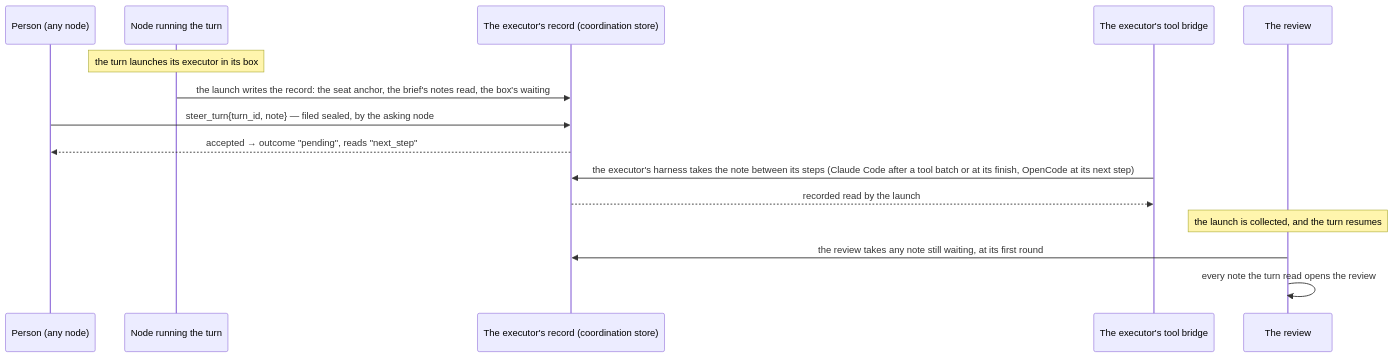
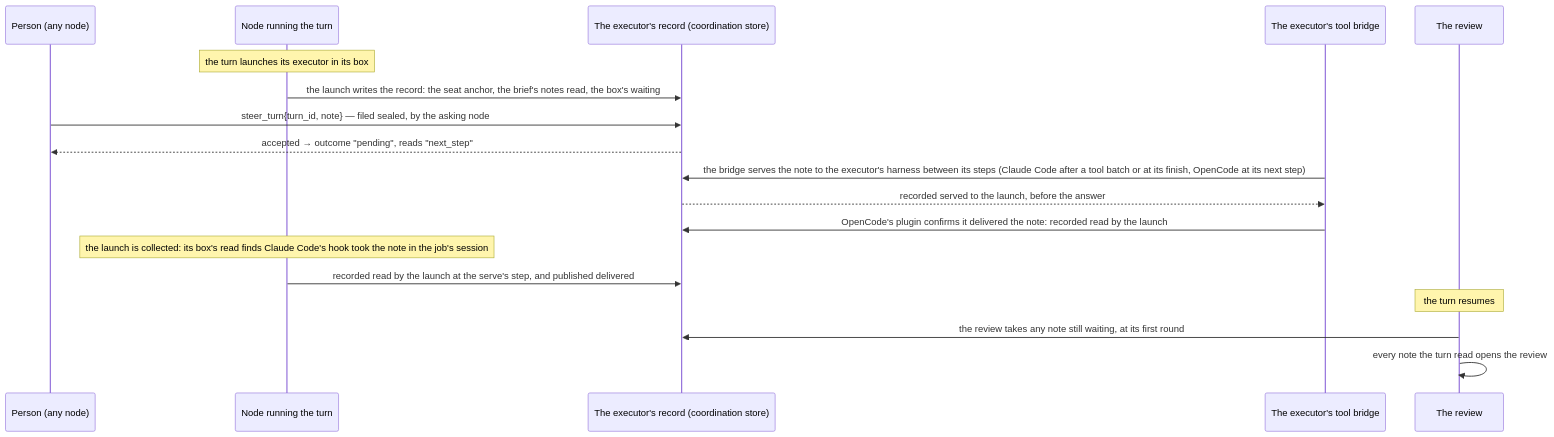
One commit to crewlet/crewlet changed the second of 2 diagrams in docs/concepts/turn-engine.md. Above: the diagram before and after it, drawn with Mermaid. The commit also changed other lines of this file and 7 other files, not shown here.

First line of the commit message:
docs(docs): read a Claude Code note only once its session shows it

````diff
--- a/docs/concepts/turn-engine.md
+++ b/docs/concepts/turn-engine.md
@@ -822,17 +822,20 @@
 ```mermaid
 sequenceDiagram
     participant P as Person (any node)
     participant N as Node running the turn
     participant C as The executor's record (coordination store)
     participant B as The executor's tool bridge
     participant R as The review
     Note over N: the turn launches its executor in its box
     N->>C: the launch writes the record: the seat anchor, the brief's notes read, the box's waiting
     P->>C: steer_turn{turn_id, note} — filed sealed, by the asking node
     C-->>P: accepted → outcome "pending", reads "next_step"
-    B->>C: the executor's harness takes the note between its steps (Claude Code after a tool batch or at its finish, OpenCode at its next step)
-    C-->>B: recorded read by the launch
-    Note over R: the launch is collected, and the turn resumes
+    B->>C: the bridge serves the note to the executor's harness between its steps (Claude Code after a tool batch or at its finish, OpenCode at its next step)
+    C-->>B: recorded served to the launch, before the answer
+    B->>C: OpenCode's plugin confirms it delivered the note: recorded read by the launch
+    Note over N: the launch is collected: its box's read finds Claude Code's hook took the note in the job's session
+    N->>C: recorded read by the launch at the serve's step, and published delivered
+    Note over R: the turn resumes
     R->>C: the review takes any note still waiting, at its first round
     R->>R: every note the turn read opens the review
 ```
````
